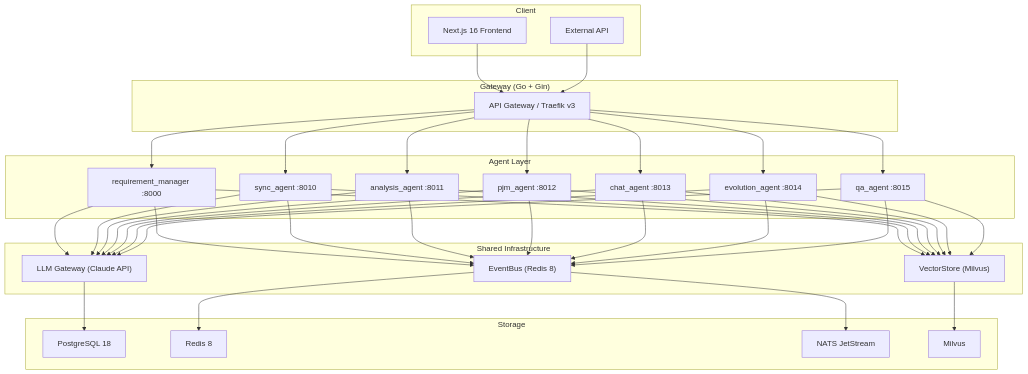
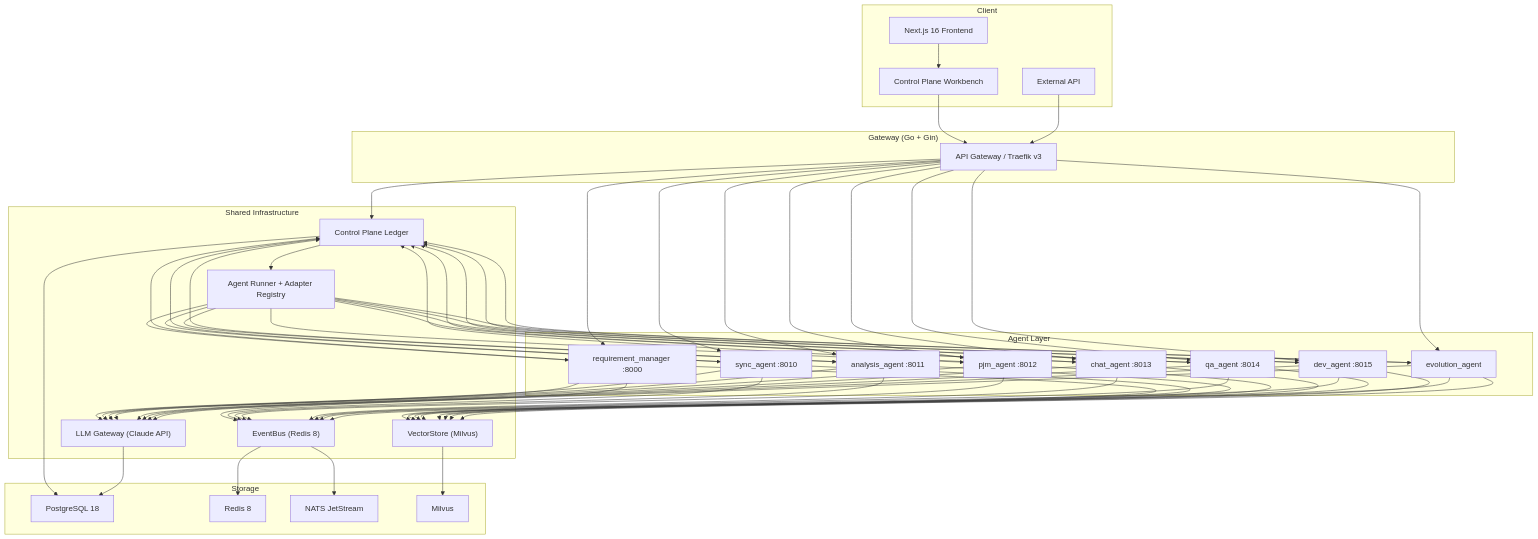
Before and after one commit to Wisdoverse/Wisdoverse-Cell: the diagram in docs/README.md, drawn with Mermaid. The commit also changed other lines of this file and 104 other files, not shown here.

Commit message:
feat: implement spec control plane foundation

````diff
--- a/docs/README.md
+++ b/docs/README.md
@@ -23,43 +27,51 @@
 ```mermaid
 graph TD
     subgraph Client["Client"]
         FE["Next.js 16 Frontend"]
+        WB["Control Plane Workbench"]
         ExtAPI["External API"]
     end
 
     subgraph Gateway["Gateway (Go + Gin)"]
         GW["API Gateway / Traefik v3"]
     end
 
     subgraph Agents["Agent Layer"]
         RM["requirement_manager :8000"]
         SA["sync_agent :8010"]
         AA["analysis_agent :8011"]
         PM["pjm_agent :8012"]
         CA["chat_agent :8013"]
-        EA["evolution_agent :8014"]
-        QA["qa_agent :8015"]
+        QA["qa_agent :8014"]
+        DA["dev_agent :8015"]
+        EA["evolution_agent"]
     end
 
     subgraph Shared["Shared Infrastructure"]
+        CP["Control Plane Ledger"]
+        RUN["Agent Runner + Adapter Registry"]
         EB["EventBus (Redis 8)"]
         LLM["LLM Gateway (Claude API)"]
         VS["VectorStore (Milvus)"]
     end
 
     subgraph Storage["Storage"]
         PG["PostgreSQL 18"]
         RD["Redis 8"]
         NATS["NATS JetStream"]
         MV["Milvus"]
     end
 
-    FE --> GW
+    FE --> WB --> GW
     ExtAPI --> GW
-    GW --> RM & SA & AA & PM & CA & EA & QA
-    RM & SA & AA & PM & CA & EA & QA --> EB & LLM & VS
+    GW --> CP
+    GW --> RM & SA & AA & PM & CA & QA & DA & EA
+    CP --> RUN
+    RUN --> RM & SA & AA & PM & CA & QA & DA & EA
+    RM & SA & AA & PM & CA & QA & DA & EA --> CP & EB & LLM & VS
+    CP --> PG
     EB --> RD
     LLM --> PG
     VS --> MV
     EB --> NATS
 ```
````
